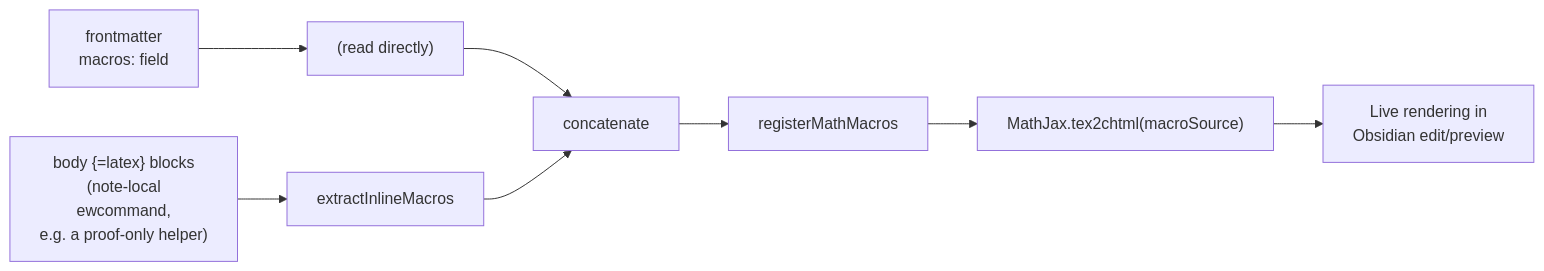
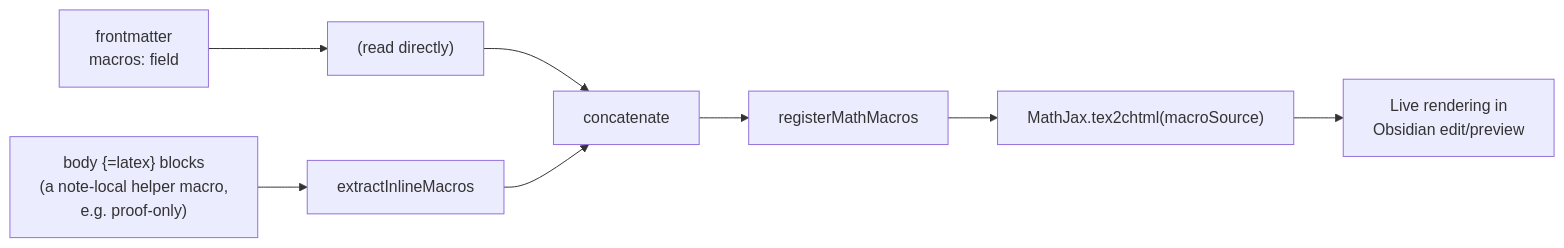
Before and after one commit to fabsch225/LavaTex: the second of 3 diagrams in site/architecture.md, drawn with Mermaid. The commit also changed 1 other file, not shown here.

````diff
--- a/site/architecture.md
+++ b/site/architecture.md
@@ -79,15 +79,15 @@
 ```mermaid
 flowchart LR
     FM["frontmatter\nmacros: field"]
-    Body["body {=latex} blocks\n(note-local \newcommand,\ne.g. a proof-only helper)"]
+    Body["body {=latex} blocks\n(a note-local helper macro,\ne.g. proof-only)"]
 
     FM --> Extract1["(read directly)"]
     Body --> Extract2["extractInlineMacros"]
 
     Extract1 --> Combine["concatenate"]
     Extract2 --> Combine
 
     Combine --> Register["registerMathMacros"]
     Register --> Tex2chtml["MathJax.tex2chtml(macroSource)"]
     Tex2chtml --> Live["Live rendering in\nObsidian edit/preview"]
 ```
````
